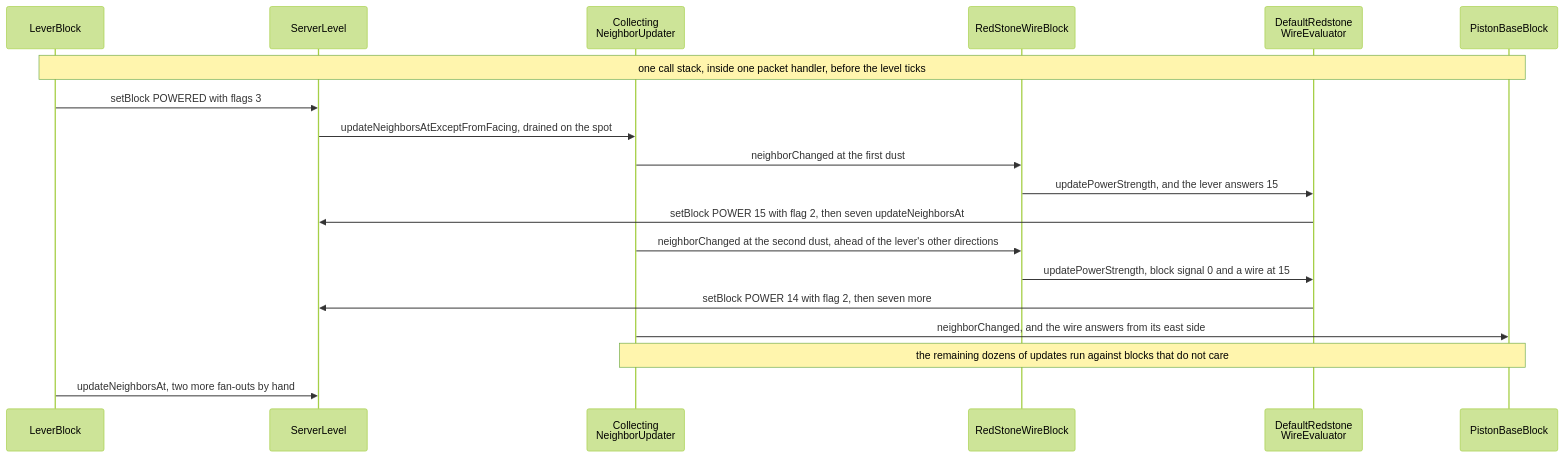
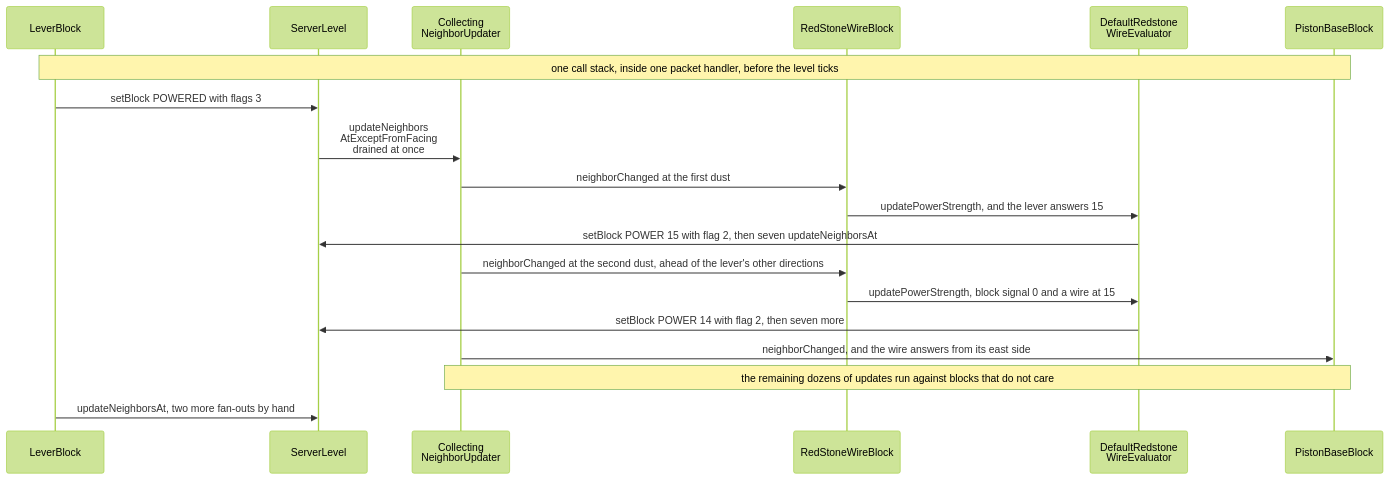
The second of 2 diagrams in src/systems/blocks/signal-and-dust.md (AlexanderjFraser/MinecraftDocs), drawn with Mermaid (forest theme) before and after one commit. The commit also changed 55 other files, not shown here.

First line of the commit message:
pass 7, session O — the close, before K: the figure gate strict, the landing figures read as one set, and one strike in thirty not borne out

````diff
--- a/src/systems/blocks/signal-and-dust.md
+++ b/src/systems/blocks/signal-and-dust.md
@@ -220,21 +220,21 @@
 ```mermaid
 sequenceDiagram
     participant LevB as LeverBlock
     participant SL as ServerLevel
     participant CNU as Collecting<br/>NeighborUpdater
     participant RSWB as RedStoneWireBlock
     participant DRWE as DefaultRedstone<br/>WireEvaluator
     participant PBB as PistonBaseBlock
     Note over LevB,PBB: one call stack, inside one packet handler, before the level ticks
     LevB->>SL: setBlock POWERED with flags 3
-    SL->>CNU: updateNeighborsAtExceptFromFacing, drained on the spot
+    SL->>CNU: updateNeighbors<br/>AtExceptFromFacing<br/>drained at once
     CNU->>RSWB: neighborChanged at the first dust
     RSWB->>DRWE: updatePowerStrength, and the lever answers 15
     DRWE->>SL: setBlock POWER 15 with flag 2, then seven updateNeighborsAt
     CNU->>RSWB: neighborChanged at the second dust, ahead of the lever's other directions
     RSWB->>DRWE: updatePowerStrength, block signal 0 and a wire at 15
     DRWE->>SL: setBlock POWER 14 with flag 2, then seven more
     CNU->>PBB: neighborChanged, and the wire answers from its east side
     Note over CNU,PBB: the remaining dozens of updates run against blocks that do not care
     LevB->>SL: updateNeighborsAt, two more fan-outs by hand
 ```
````
